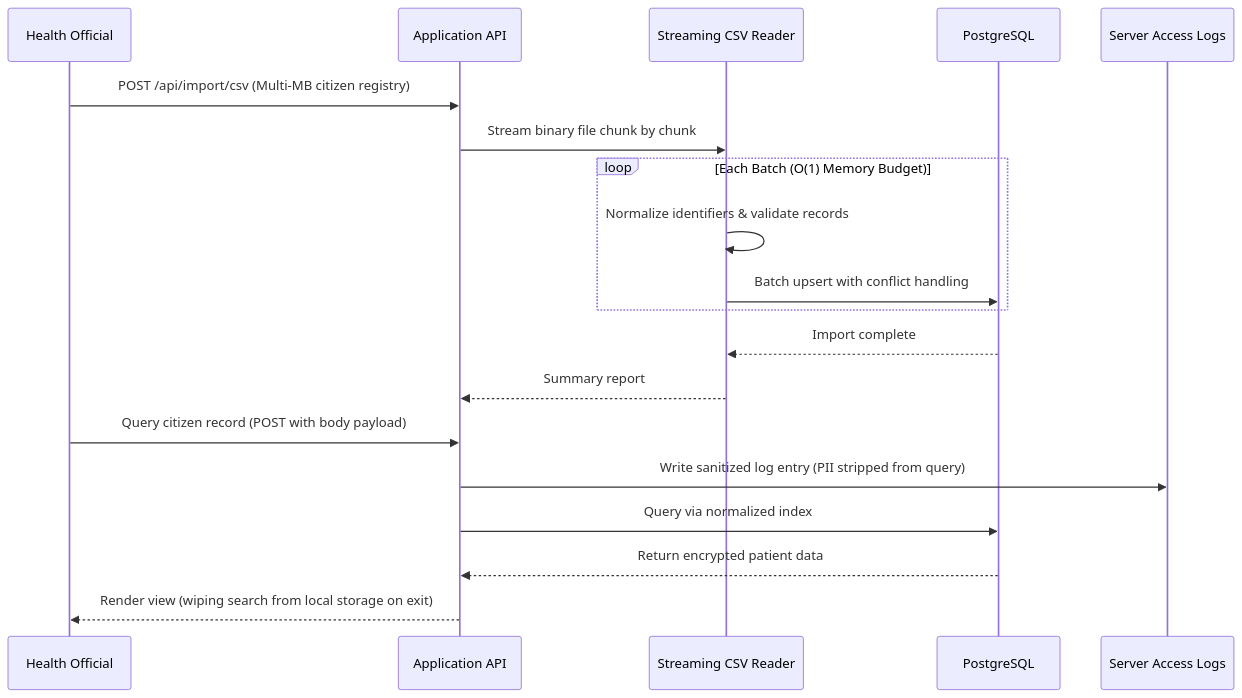
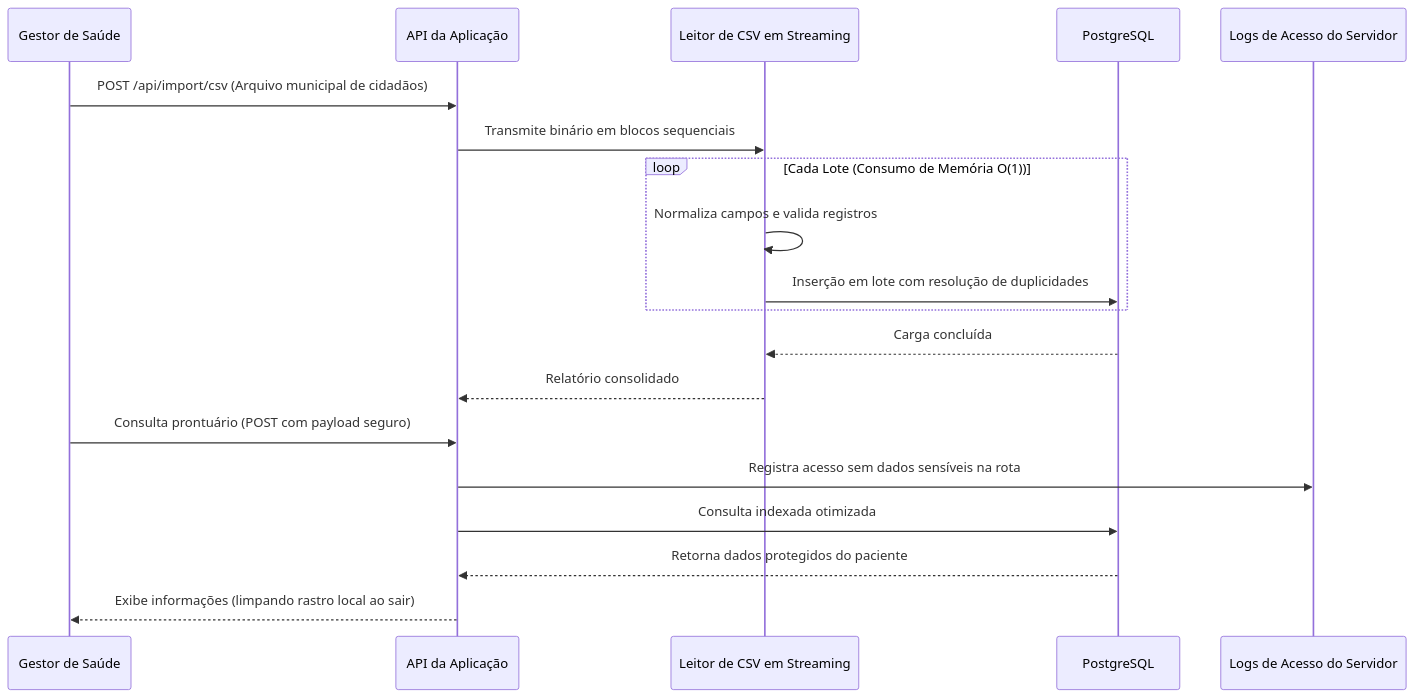
The second of 2 diagrams in data-engineering-and-privacy/clinical-record-pii-sanitization/README.md (Fcsscoder/case-studies), drawn with Mermaid before and after one commit. The commit also changed other lines of this file and 21 other files, not shown here.

````diff
--- a/data-engineering-and-privacy/clinical-record-pii-sanitization/README.md
+++ b/data-engineering-and-privacy/clinical-record-pii-sanitization/README.md
@@ -47,22 +47,22 @@
 ```mermaid
 sequenceDiagram
-    participant Admin as Health Official
-    participant API as Application API
-    participant Streamer as Streaming CSV Reader
+    participant Admin as Gestor de Saúde
+    participant API as API da Aplicação
+    participant Streamer as Leitor de CSV em Streaming
     participant DB as PostgreSQL
-    participant Logger as Server Access Logs
+    participant Logger as Logs de Acesso do Servidor
 
-    Admin->>API: POST /api/import/csv (Multi-MB citizen registry)
-    API->>Streamer: Stream binary file chunk by chunk
-    loop Each Batch (O(1) Memory Budget)
-        Streamer->>Streamer: Normalize identifiers & validate records
-        Streamer->>DB: Batch upsert with conflict handling
+    Admin->>API: POST /api/import/csv (Arquivo municipal de cidadãos)
+    API->>Streamer: Transmite binário em blocos sequenciais
+    loop Cada Lote (Consumo de Memória O(1))
+        Streamer->>Streamer: Normaliza campos e valida registros
+        Streamer->>DB: Inserção em lote com resolução de duplicidades
     end
-    DB-->>Streamer: Import complete
-    Streamer-->>API: Summary report
-    Admin->>API: Query citizen record (POST with body payload)
-    API->>Logger: Write sanitized log entry (PII stripped from query)
-    API->>DB: Query via normalized index
-    DB-->>API: Return encrypted patient data
-    API-->>Admin: Render view (wiping search from local storage on exit)
+    DB-->>Streamer: Carga concluída
+    Streamer-->>API: Relatório consolidado
+    Admin->>API: Consulta prontuário (POST com payload seguro)
+    API->>Logger: Registra acesso sem dados sensíveis na rota
+    API->>DB: Consulta indexada otimizada
+    DB-->>API: Retorna dados protegidos do paciente
+    API-->>Admin: Exibe informações (limpando rastro local ao sair)
 ```
````
